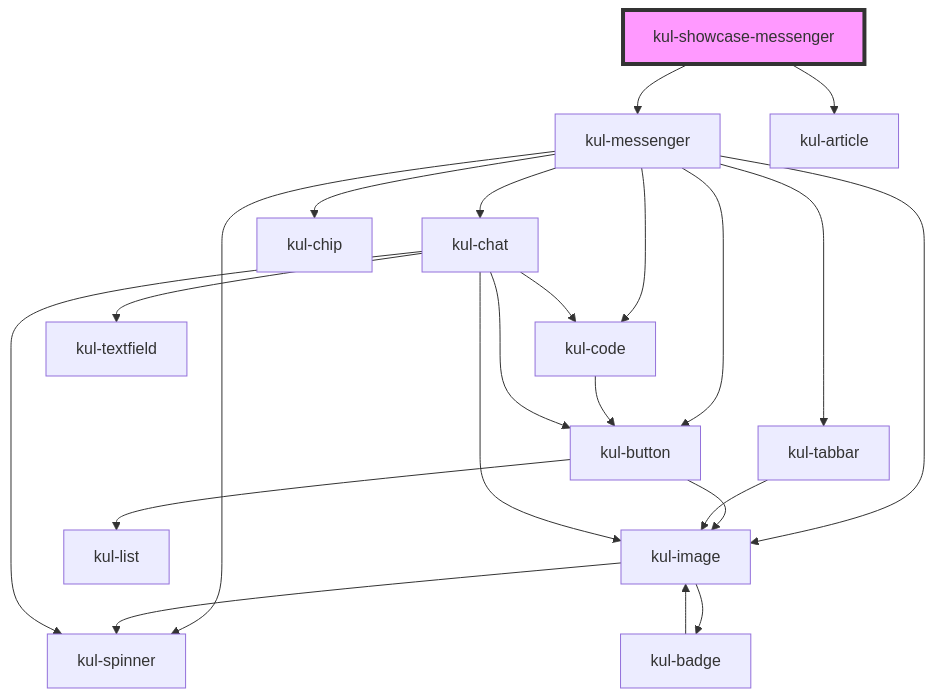
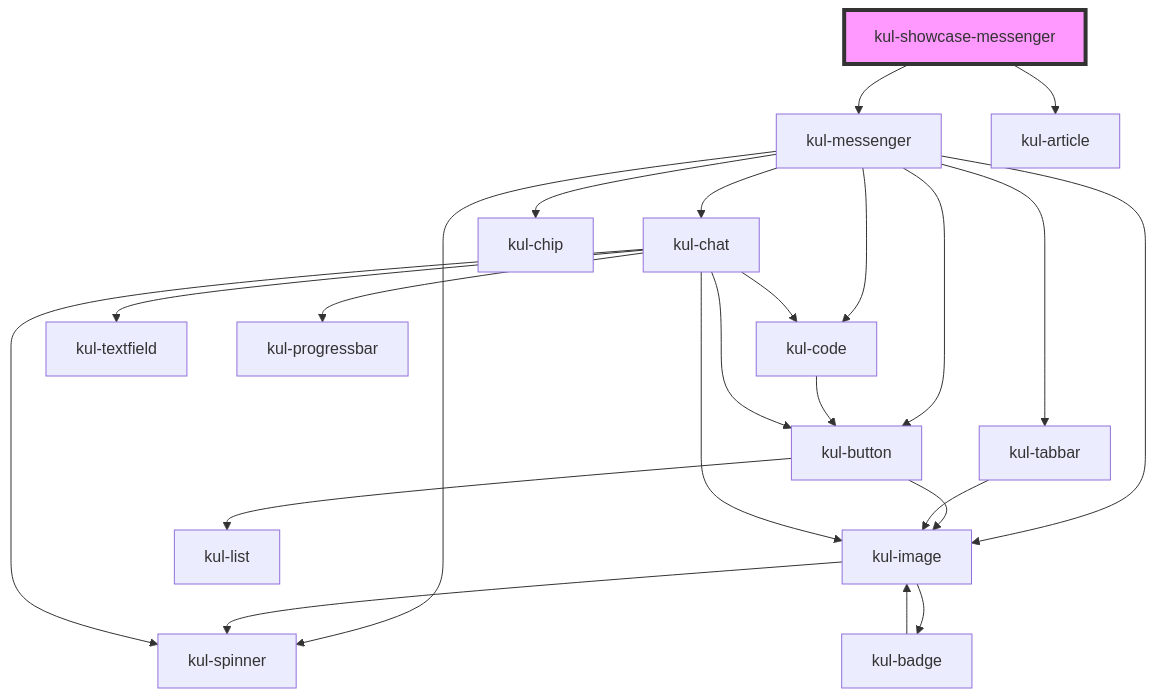
Before and after one commit to lucafoscili/ketchup-lite: the diagram in packages/ketchup-lite/src/components/kul-showcase/layout/messenger/readme.md, drawn with Mermaid. The commit also changed 14 other files, not shown here.

````diff
--- a/packages/ketchup-lite/src/components/kul-showcase/layout/messenger/readme.md
+++ b/packages/ketchup-lite/src/components/kul-showcase/layout/messenger/readme.md
@@ -27,25 +27,26 @@
 ```mermaid
 graph TD;
   kul-showcase-messenger --> kul-messenger
   kul-showcase-messenger --> kul-article
   kul-messenger --> kul-image
   kul-messenger --> kul-button
   kul-messenger --> kul-spinner
   kul-messenger --> kul-code
   kul-messenger --> kul-tabbar
   kul-messenger --> kul-chat
   kul-messenger --> kul-chip
   kul-image --> kul-spinner
   kul-image --> kul-badge
   kul-badge --> kul-image
   kul-button --> kul-image
   kul-button --> kul-list
   kul-code --> kul-button
   kul-tabbar --> kul-image
   kul-chat --> kul-spinner
   kul-chat --> kul-image
   kul-chat --> kul-button
   kul-chat --> kul-textfield
+  kul-chat --> kul-progressbar
   kul-chat --> kul-code
   style kul-showcase-messenger fill:#f9f,stroke:#333,stroke-width:4px
 ```
````
